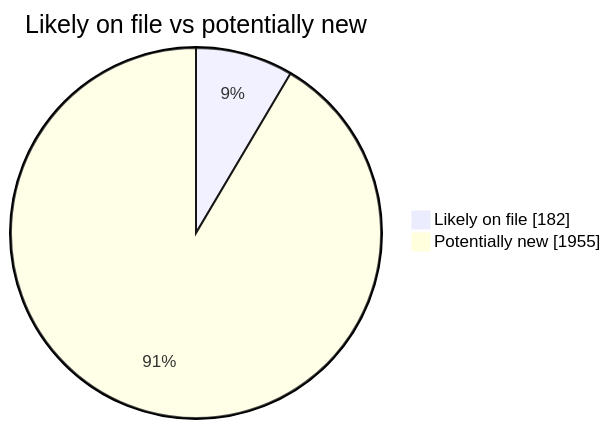
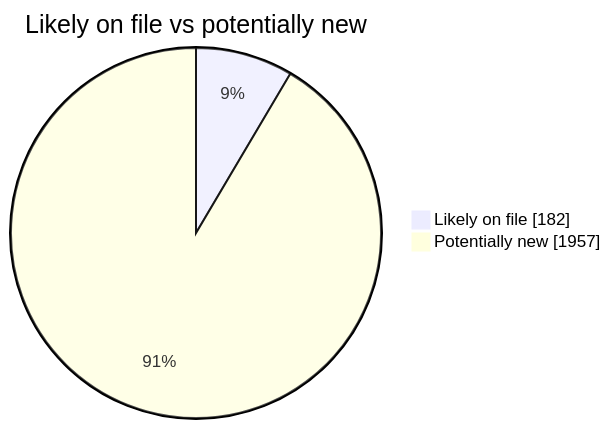
Before and after one commit to martinbalfanz/social-scanner-reports: the second of 4 diagrams in README.md, drawn with Mermaid. The commit also changed other lines of this file and 4 other files, not shown here.

````diff
--- a/README.md
+++ b/README.md
@@ -40,5 +40,5 @@
 ```mermaid
 pie showData title Likely on file vs potentially new
     "Likely on file" : 182
-    "Potentially new" : 1955
+    "Potentially new" : 1957
 ```
````
